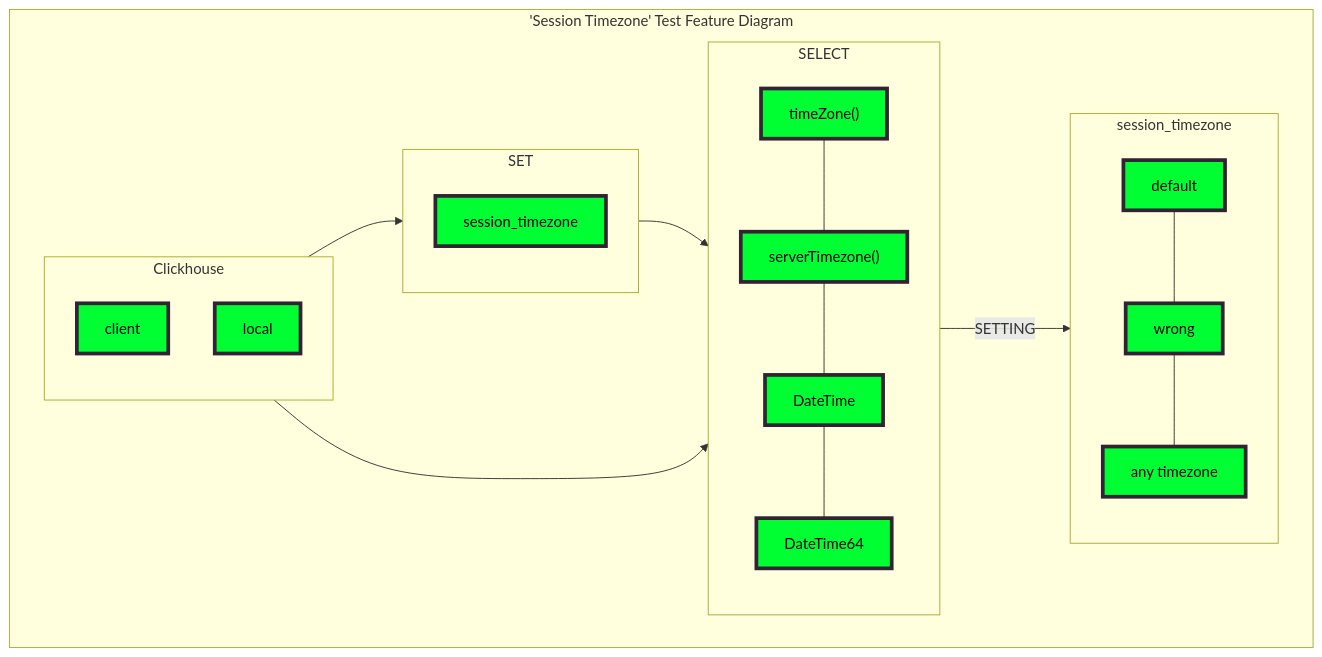
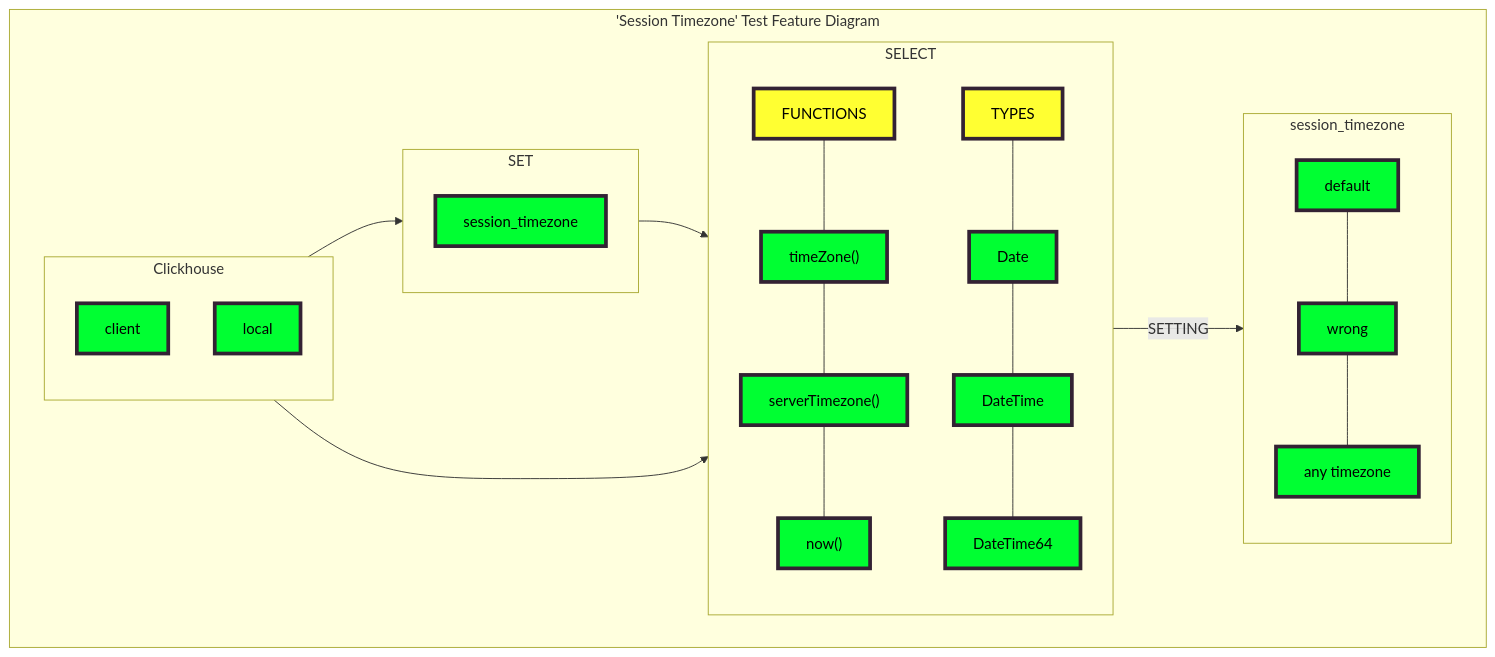
The diagram in session_timezone/requirements/requirements.md (Altinity/clickhouse-regression), drawn with Mermaid before and after one commit. The commit also changed other lines of this file, not shown here.

Commit message:
session timezone upd.

````diff
--- a/session_timezone/requirements/requirements.md
+++ b/session_timezone/requirements/requirements.md
@@ -40,46 +40,52 @@
 ```mermaid
 flowchart TB;
 
   classDef yellow fill:#ffff32,stroke:#323,stroke-width:4px,color:black;
   classDef yellow2 fill:#ffff32,stroke:#323,stroke-width:4px,color:red;
   classDef green fill:#00ff32,stroke:#323,stroke-width:4px,color:black;
   classDef red fill:red,stroke:#323,stroke-width:4px,color:black;
   classDef blue fill:blue,stroke:#323,stroke-width:4px,color:white;
   
   subgraph O["'Session Timezone' Test Feature Diagram"]
   
   C-->E-->A--"SETTING"-->D
   C-->A
 
   1A---2A---3A---4A
+  5A---6A---7A---8A
   1D---2D---3D
   
     subgraph E["SET"]
 
         1E["session_timezone"]:::green
  
     end
   
     subgraph C["Clickhouse"]
 
         1C["client"]:::green
         2C["local"]:::green
  
     end
   
     subgraph A["SELECT"]
 
-        1A["timeZone()"]:::green
-        2A["serverTimezone()"]:::green
-        3A["DateTime"]:::green
-        4A["DateTime64"]:::green
+        1A["FUNCTIONS"]:::yellow
+        2A["timeZone()"]:::green
+        3A["serverTimezone()"]:::green
+        4A["now()"]:::green
+        
+        5A["TYPES"]:::yellow
+        6A["Date"]:::green
+        7A["DateTime"]:::green
+        8A["DateTime64"]:::green
         
     end
     
     subgraph D["session_timezone"]
         1D["default"]:::green
         2D["wrong"]:::green
         3D["any timezone"]:::green
     end
   end
 ```
````
